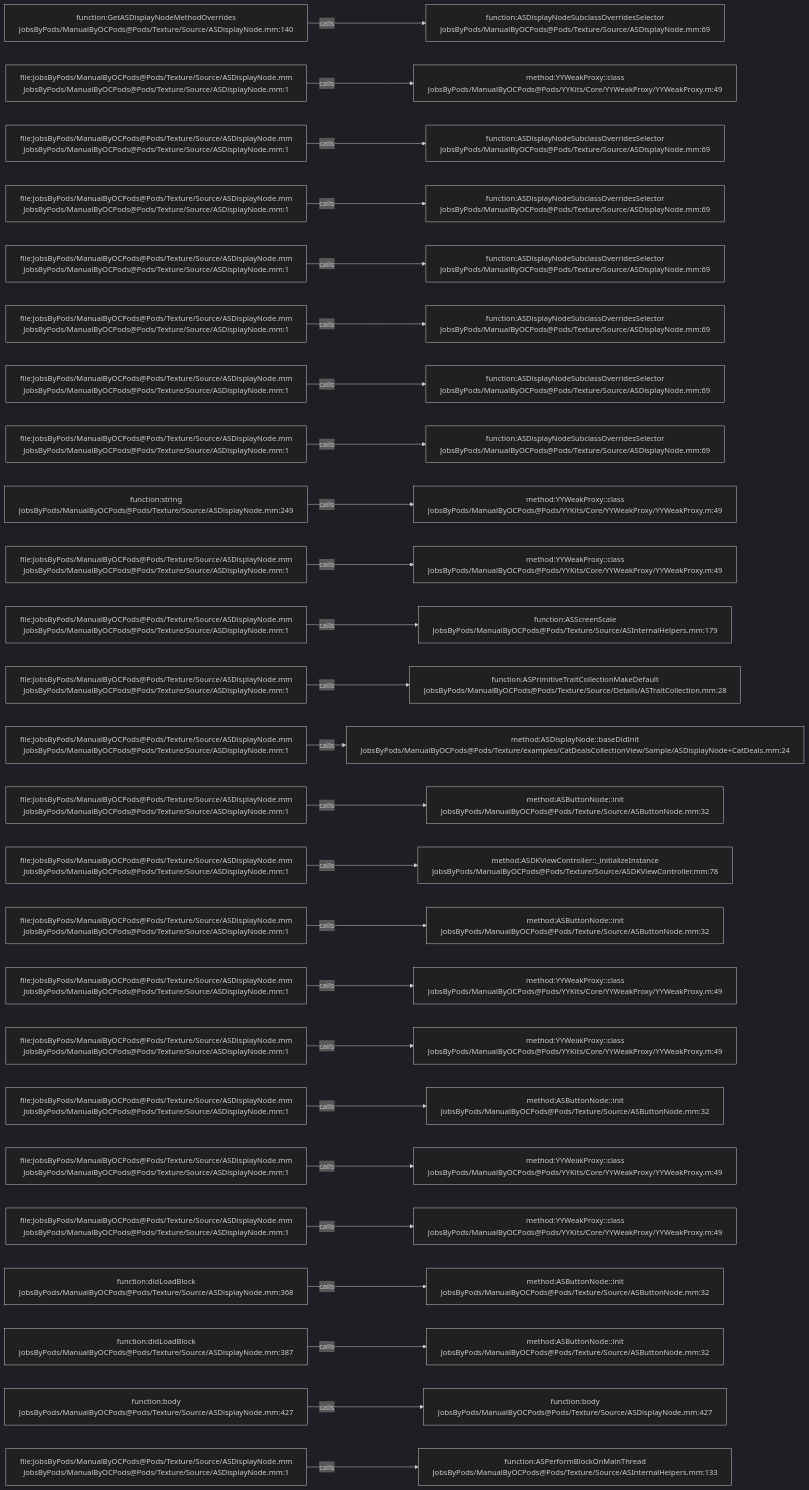
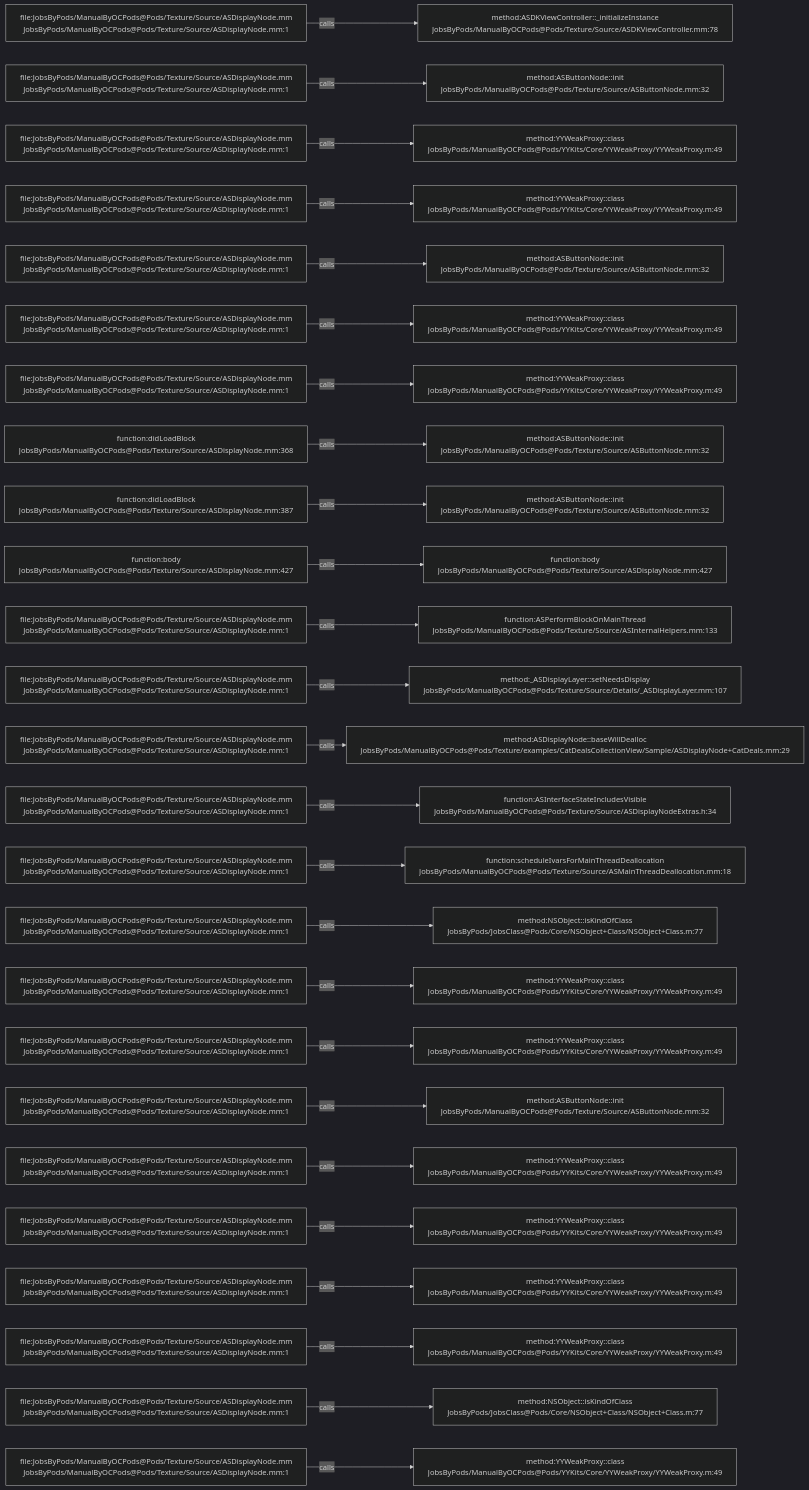
Before and after one commit to JobsKits/JobsOCBaseConfigDemo: the diagram in .codegraph/codegraph.md/graphs/calls-098.md, drawn with Mermaid (dark theme). The commit also changed 296 other files, not shown here.

````diff
--- a/.codegraph/codegraph.md/graphs/calls-098.md
+++ b/.codegraph/codegraph.md/graphs/calls-098.md
@@ -13,78 +13,78 @@
 ```mermaid
 flowchart LR
-  S1["function:GetASDisplayNodeMethodOverrides<br/>JobsByPods/ManualByOCPods@Pods/Texture/Source/ASDisplayNode.mm:140"]
-  T1["function:ASDisplayNodeSubclassOverridesSelector<br/>JobsByPods/ManualByOCPods@Pods/Texture/Source/ASDisplayNode.mm:69"]
+  S1["file:JobsByPods/ManualByOCPods@Pods/Texture/Source/ASDisplayNode.mm<br/>JobsByPods/ManualByOCPods@Pods/Texture/Source/ASDisplayNode.mm:1"]
+  T1["method:ASDKViewController::_initializeInstance<br/>JobsByPods/ManualByOCPods@Pods/Texture/Source/ASDKViewController.mm:78"]
   S1 -->|calls| T1
   S2["file:JobsByPods/ManualByOCPods@Pods/Texture/Source/ASDisplayNode.mm<br/>JobsByPods/ManualByOCPods@Pods/Texture/Source/ASDisplayNode.mm:1"]
-  T2["method:YYWeakProxy::class<br/>JobsByPods/ManualByOCPods@Pods/YYKits/Core/YYWeakProxy/YYWeakProxy.m:49"]
+  T2["method:ASButtonNode::init<br/>JobsByPods/ManualByOCPods@Pods/Texture/Source/ASButtonNode.mm:32"]
   S2 -->|calls| T2
   S3["file:JobsByPods/ManualByOCPods@Pods/Texture/Source/ASDisplayNode.mm<br/>JobsByPods/ManualByOCPods@Pods/Texture/Source/ASDisplayNode.mm:1"]
-  T3["function:ASDisplayNodeSubclassOverridesSelector<br/>JobsByPods/ManualByOCPods@Pods/Texture/Source/ASDisplayNode.mm:69"]
+  T3["method:YYWeakProxy::class<br/>JobsByPods/ManualByOCPods@Pods/YYKits/Core/YYWeakProxy/YYWeakProxy.m:49"]
   S3 -->|calls| T3
   S4["file:JobsByPods/ManualByOCPods@Pods/Texture/Source/ASDisplayNode.mm<br/>JobsByPods/ManualByOCPods@Pods/Texture/Source/ASDisplayNode.mm:1"]
-  T4["function:ASDisplayNodeSubclassOverridesSelector<br/>JobsByPods/ManualByOCPods@Pods/Texture/Source/ASDisplayNode.mm:69"]
+  T4["method:YYWeakProxy::class<br/>JobsByPods/ManualByOCPods@Pods/YYKits/Core/YYWeakProxy/YYWeakProxy.m:49"]
   S4 -->|calls| T4
   S5["file:JobsByPods/ManualByOCPods@Pods/Texture/Source/ASDisplayNode.mm<br/>JobsByPods/ManualByOCPods@Pods/Texture/Source/ASDisplayNode.mm:1"]
-  T5["function:ASDisplayNodeSubclassOverridesSelector<br/>JobsByPods/ManualByOCPods@Pods/Texture/Source/ASDisplayNode.mm:69"]
+  T5["method:ASButtonNode::init<br/>JobsByPods/ManualByOCPods@Pods/Texture/Source/ASButtonNode.mm:32"]
   S5 -->|calls| T5
   S6["file:JobsByPods/ManualByOCPods@Pods/Texture/Source/ASDisplayNode.mm<br/>JobsByPods/ManualByOCPods@Pods/Texture/Source/ASDisplayNode.mm:1"]
-  T6["function:ASDisplayNodeSubclassOverridesSelector<br/>JobsByPods/ManualByOCPods@Pods/Texture/Source/ASDisplayNode.mm:69"]
+  T6["method:YYWeakProxy::class<br/>JobsByPods/ManualByOCPods@Pods/YYKits/Core/YYWeakProxy/YYWeakProxy.m:49"]
   S6 -->|calls| T6
   S7["file:JobsByPods/ManualByOCPods@Pods/Texture/Source/ASDisplayNode.mm<br/>JobsByPods/ManualByOCPods@Pods/Texture/Source/ASDisplayNode.mm:1"]
-  T7["function:ASDisplayNodeSubclassOverridesSelector<br/>JobsByPods/ManualByOCPods@Pods/Texture/Source/ASDisplayNode.mm:69"]
+  T7["method:YYWeakProxy::class<br/>JobsByPods/ManualByOCPods@Pods/YYKits/Core/YYWeakProxy/YYWeakProxy.m:49"]
   S7 -->|calls| T7
-  S8["file:JobsByPods/ManualByOCPods@Pods/Texture/Source/ASDisplayNode.mm<br/>JobsByPods/ManualByOCPods@Pods/Texture/Source/ASDisplayNode.mm:1"]
-  T8["function:ASDisplayNodeSubclassOverridesSelector<br/>JobsByPods/ManualByOCPods@Pods/Texture/Source/ASDisplayNode.mm:69"]
+  S8["function:didLoadBlock<br/>JobsByPods/ManualByOCPods@Pods/Texture/Source/ASDisplayNode.mm:368"]
+  T8["method:ASButtonNode::init<br/>JobsByPods/ManualByOCPods@Pods/Texture/Source/ASButtonNode.mm:32"]
   S8 -->|calls| T8
-  S9["function:string<br/>JobsByPods/ManualByOCPods@Pods/Texture/Source/ASDisplayNode.mm:249"]
-  T9["method:YYWeakProxy::class<br/>JobsByPods/ManualByOCPods@Pods/YYKits/Core/YYWeakProxy/YYWeakProxy.m:49"]
+  S9["function:didLoadBlock<br/>JobsByPods/ManualByOCPods@Pods/Texture/Source/ASDisplayNode.mm:387"]
+  T9["method:ASButtonNode::init<br/>JobsByPods/ManualByOCPods@Pods/Texture/Source/ASButtonNode.mm:32"]
   S9 -->|calls| T9
-  S10["file:JobsByPods/ManualByOCPods@Pods/Texture/Source/ASDisplayNode.mm<br/>JobsByPods/ManualByOCPods@Pods/Texture/Source/ASDisplayNode.mm:1"]
-  T10["method:YYWeakProxy::class<br/>JobsByPods/ManualByOCPods@Pods/YYKits/Core/YYWeakProxy/YYWeakProxy.m:49"]
+  S10["function:body<br/>JobsByPods/ManualByOCPods@Pods/Texture/Source/ASDisplayNode.mm:427"]
+  T10["function:body<br/>JobsByPods/ManualByOCPods@Pods/Texture/Source/ASDisplayNode.mm:427"]
   S10 -->|calls| T10
   S11["file:JobsByPods/ManualByOCPods@Pods/Texture/Source/ASDisplayNode.mm<br/>JobsByPods/ManualByOCPods@Pods/Texture/Source/ASDisplayNode.mm:1"]
-  T11["function:ASScreenScale<br/>JobsByPods/ManualByOCPods@Pods/Texture/Source/ASInternalHelpers.mm:179"]
+  T11["function:ASPerformBlockOnMainThread<br/>JobsByPods/ManualByOCPods@Pods/Texture/Source/ASInternalHelpers.mm:133"]
   S11 -->|calls| T11
   S12["file:JobsByPods/ManualByOCPods@Pods/Texture/Source/ASDisplayNode.mm<br/>JobsByPods/ManualByOCPods@Pods/Texture/Source/ASDisplayNode.mm:1"]
-  T12["function:ASPrimitiveTraitCollectionMakeDefault<br/>JobsByPods/ManualByOCPods@Pods/Texture/Source/Details/ASTraitCollection.mm:28"]
+  T12["method:_ASDisplayLayer::setNeedsDisplay<br/>JobsByPods/ManualByOCPods@Pods/Texture/Source/Details/_ASDisplayLayer.mm:107"]
   S12 -->|calls| T12
   S13["file:JobsByPods/ManualByOCPods@Pods/Texture/Source/ASDisplayNode.mm<br/>JobsByPods/ManualByOCPods@Pods/Texture/Source/ASDisplayNode.mm:1"]
-  T13["method:ASDisplayNode::baseDidInit<br/>JobsByPods/ManualByOCPods@Pods/Texture/examples/CatDealsCollectionView/Sample/ASDisplayNode+CatDeals.mm:24"]
+  T13["method:ASDisplayNode::baseWillDealloc<br/>JobsByPods/ManualByOCPods@Pods/Texture/examples/CatDealsCollectionView/Sample/ASDisplayNode+CatDeals.mm:29"]
   S13 -->|calls| T13
   S14["file:JobsByPods/ManualByOCPods@Pods/Texture/Source/ASDisplayNode.mm<br/>JobsByPods/ManualByOCPods@Pods/Texture/Source/ASDisplayNode.mm:1"]
-  T14["method:ASButtonNode::init<br/>JobsByPods/ManualByOCPods@Pods/Texture/Source/ASButtonNode.mm:32"]
+  T14["function:ASInterfaceStateIncludesVisible<br/>JobsByPods/ManualByOCPods@Pods/Texture/Source/ASDisplayNodeExtras.h:34"]
   S14 -->|calls| T14
   S15["file:JobsByPods/ManualByOCPods@Pods/Texture/Source/ASDisplayNode.mm<br/>JobsByPods/ManualByOCPods@Pods/Texture/Source/ASDisplayNode.mm:1"]
-  T15["method:ASDKViewController::_initializeInstance<br/>JobsByPods/ManualByOCPods@Pods/Texture/Source/ASDKViewController.mm:78"]
+  T15["function:scheduleIvarsForMainThreadDeallocation<br/>JobsByPods/ManualByOCPods@Pods/Texture/Source/ASMainThreadDeallocation.mm:18"]
   S15 -->|calls| T15
   S16["file:JobsByPods/ManualByOCPods@Pods/Texture/Source/ASDisplayNode.mm<br/>JobsByPods/ManualByOCPods@Pods/Texture/Source/ASDisplayNode.mm:1"]
-  T16["method:ASButtonNode::init<br/>JobsByPods/ManualByOCPods@Pods/Texture/Source/ASButtonNode.mm:32"]
+  T16["method:NSObject::isKindOfClass<br/>JobsByPods/JobsClass@Pods/Core/NSObject+Class/NSObject+Class.m:77"]
   S16 -->|calls| T16
   S17["file:JobsByPods/ManualByOCPods@Pods/Texture/Source/ASDisplayNode.mm<br/>JobsByPods/ManualByOCPods@Pods/Texture/Source/ASDisplayNode.mm:1"]
   T17["method:YYWeakProxy::class<br/>JobsByPods/ManualByOCPods@Pods/YYKits/Core/YYWeakProxy/YYWeakProxy.m:49"]
   S17 -->|calls| T17
   S18["file:JobsByPods/ManualByOCPods@Pods/Texture/Source/ASDisplayNode.mm<br/>JobsByPods/ManualByOCPods@Pods/Texture/Source/ASDisplayNode.mm:1"]
   T18["method:YYWeakProxy::class<br/>JobsByPods/ManualByOCPods@Pods/YYKits/Core/YYWeakProxy/YYWeakProxy.m:49"]
   S18 -->|calls| T18
   S19["file:JobsByPods/ManualByOCPods@Pods/Texture/Source/ASDisplayNode.mm<br/>JobsByPods/ManualByOCPods@Pods/Texture/Source/ASDisplayNode.mm:1"]
   T19["method:ASButtonNode::init<br/>JobsByPods/ManualByOCPods@Pods/Texture/Source/ASButtonNode.mm:32"]
   S19 -->|calls| T19
   S20["file:JobsByPods/ManualByOCPods@Pods/Texture/Source/ASDisplayNode.mm<br/>JobsByPods/ManualByOCPods@Pods/Texture/Source/ASDisplayNode.mm:1"]
   T20["method:YYWeakProxy::class<br/>JobsByPods/ManualByOCPods@Pods/YYKits/Core/YYWeakProxy/YYWeakProxy.m:49"]
   S20 -->|calls| T20
   S21["file:JobsByPods/ManualByOCPods@Pods/Texture/Source/ASDisplayNode.mm<br/>JobsByPods/ManualByOCPods@Pods/Texture/Source/ASDisplayNode.mm:1"]
   T21["method:YYWeakProxy::class<br/>JobsByPods/ManualByOCPods@Pods/YYKits/Core/YYWeakProxy/YYWeakProxy.m:49"]
   S21 -->|calls| T21
-  S22["function:didLoadBlock<br/>JobsByPods/ManualByOCPods@Pods/Texture/Source/ASDisplayNode.mm:368"]
-  T22["method:ASButtonNode::init<br/>JobsByPods/ManualByOCPods@Pods/Texture/Source/ASButtonNode.mm:32"]
+  S22["file:JobsByPods/ManualByOCPods@Pods/Texture/Source/ASDisplayNode.mm<br/>JobsByPods/ManualByOCPods@Pods/Texture/Source/ASDisplayNode.mm:1"]
+  T22["method:YYWeakProxy::class<br/>JobsByPods/ManualByOCPods@Pods/YYKits/Core/YYWeakProxy/YYWeakProxy.m:49"]
   S22 -->|calls| T22
-  S23["function:didLoadBlock<br/>JobsByPods/ManualByOCPods@Pods/Texture/Source/ASDisplayNode.mm:387"]
-  T23["method:ASButtonNode::init<br/>JobsByPods/ManualByOCPods@Pods/Texture/Source/ASButtonNode.mm:32"]
+  S23["file:JobsByPods/ManualByOCPods@Pods/Texture/Source/ASDisplayNode.mm<br/>JobsByPods/ManualByOCPods@Pods/Texture/Source/ASDisplayNode.mm:1"]
+  T23["method:YYWeakProxy::class<br/>JobsByPods/ManualByOCPods@Pods/YYKits/Core/YYWeakProxy/YYWeakProxy.m:49"]
   S23 -->|calls| T23
-  S24["function:body<br/>JobsByPods/ManualByOCPods@Pods/Texture/Source/ASDisplayNode.mm:427"]
-  T24["function:body<br/>JobsByPods/ManualByOCPods@Pods/Texture/Source/ASDisplayNode.mm:427"]
+  S24["file:JobsByPods/ManualByOCPods@Pods/Texture/Source/ASDisplayNode.mm<br/>JobsByPods/ManualByOCPods@Pods/Texture/Source/ASDisplayNode.mm:1"]
+  T24["method:NSObject::isKindOfClass<br/>JobsByPods/JobsClass@Pods/Core/NSObject+Class/NSObject+Class.m:77"]
   S24 -->|calls| T24
   S25["file:JobsByPods/ManualByOCPods@Pods/Texture/Source/ASDisplayNode.mm<br/>JobsByPods/ManualByOCPods@Pods/Texture/Source/ASDisplayNode.mm:1"]
-  T25["function:ASPerformBlockOnMainThread<br/>JobsByPods/ManualByOCPods@Pods/Texture/Source/ASInternalHelpers.mm:133"]
+  T25["method:YYWeakProxy::class<br/>JobsByPods/ManualByOCPods@Pods/YYKits/Core/YYWeakProxy/YYWeakProxy.m:49"]
   S25 -->|calls| T25
 ```
````
